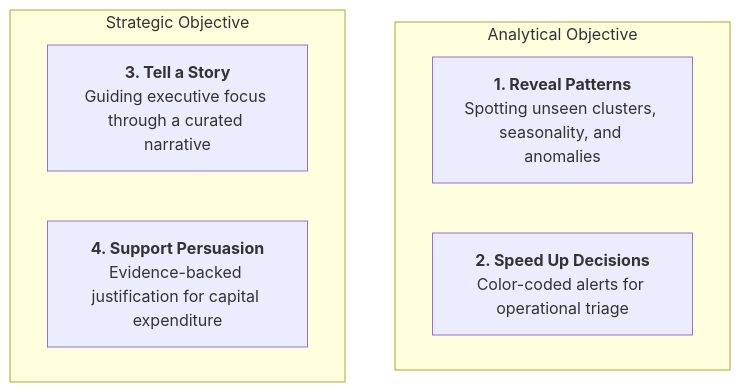
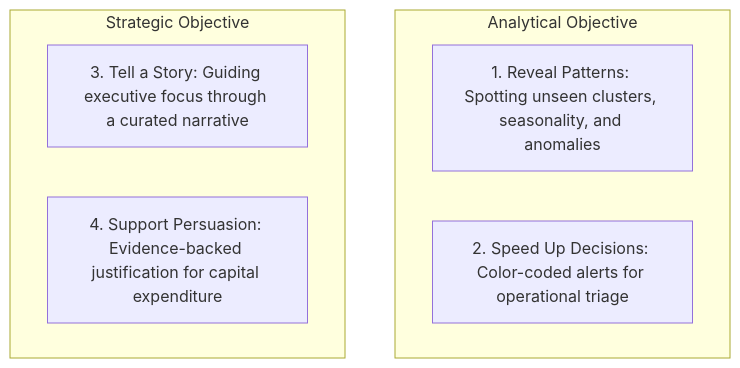
The fourth of 9 diagrams in notes/data_analysis/Chapter8_Business_Data_Visualization_Definition_Purpose_Usage.md (DeepLumiere/DeepSkills), drawn with Mermaid before and after one commit. The commit also changed other lines of this file and 56 other files, not shown here.

````diff
--- a/notes/data_analysis/Chapter8_Business_Data_Visualization_Definition_Purpose_Usage.md
+++ b/notes/data_analysis/Chapter8_Business_Data_Visualization_Definition_Purpose_Usage.md
@@ -106,11 +106,11 @@
 ```mermaid
 flowchart TD
-    subgraph Analytical Objective
-        P1["<b>1. Reveal Patterns</b><br/>Spotting unseen clusters, seasonality, and anomalies"]
-        P2["<b>2. Speed Up Decisions</b><br/>Color-coded alerts for operational triage"]
+    subgraph Analytical_Objective ["Analytical Objective"]
+        P1["1. Reveal Patterns: Spotting unseen clusters, seasonality, and anomalies"]
+        P2["2. Speed Up Decisions: Color-coded alerts for operational triage"]
     end
-    subgraph Strategic Objective
-        P3["<b>3. Tell a Story</b><br/>Guiding executive focus through a curated narrative"]
-        P4["<b>4. Support Persuasion</b><br/>Evidence-backed justification for capital expenditure"]
+    subgraph Strategic_Objective ["Strategic Objective"]
+        P3["3. Tell a Story: Guiding executive focus through a curated narrative"]
+        P4["4. Support Persuasion: Evidence-backed justification for capital expenditure"]
     end
 ```
````
